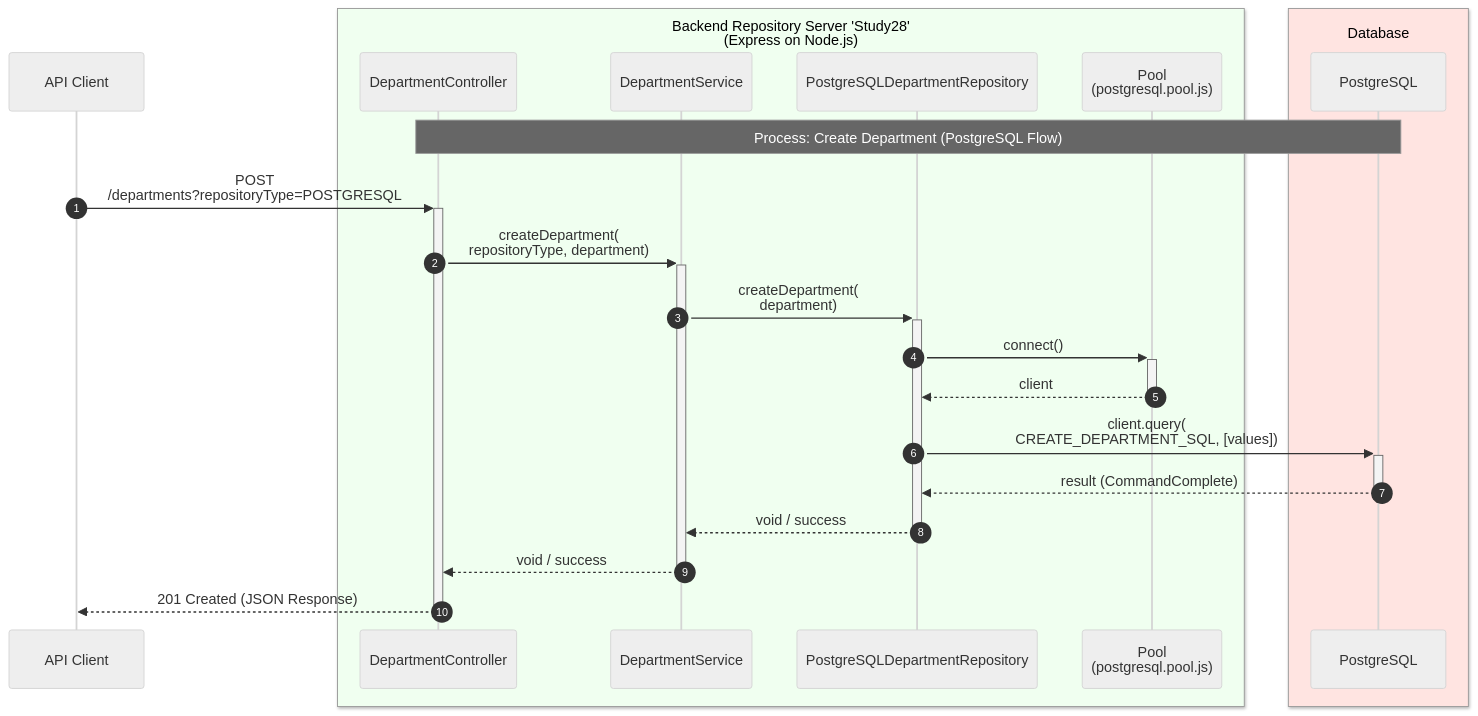
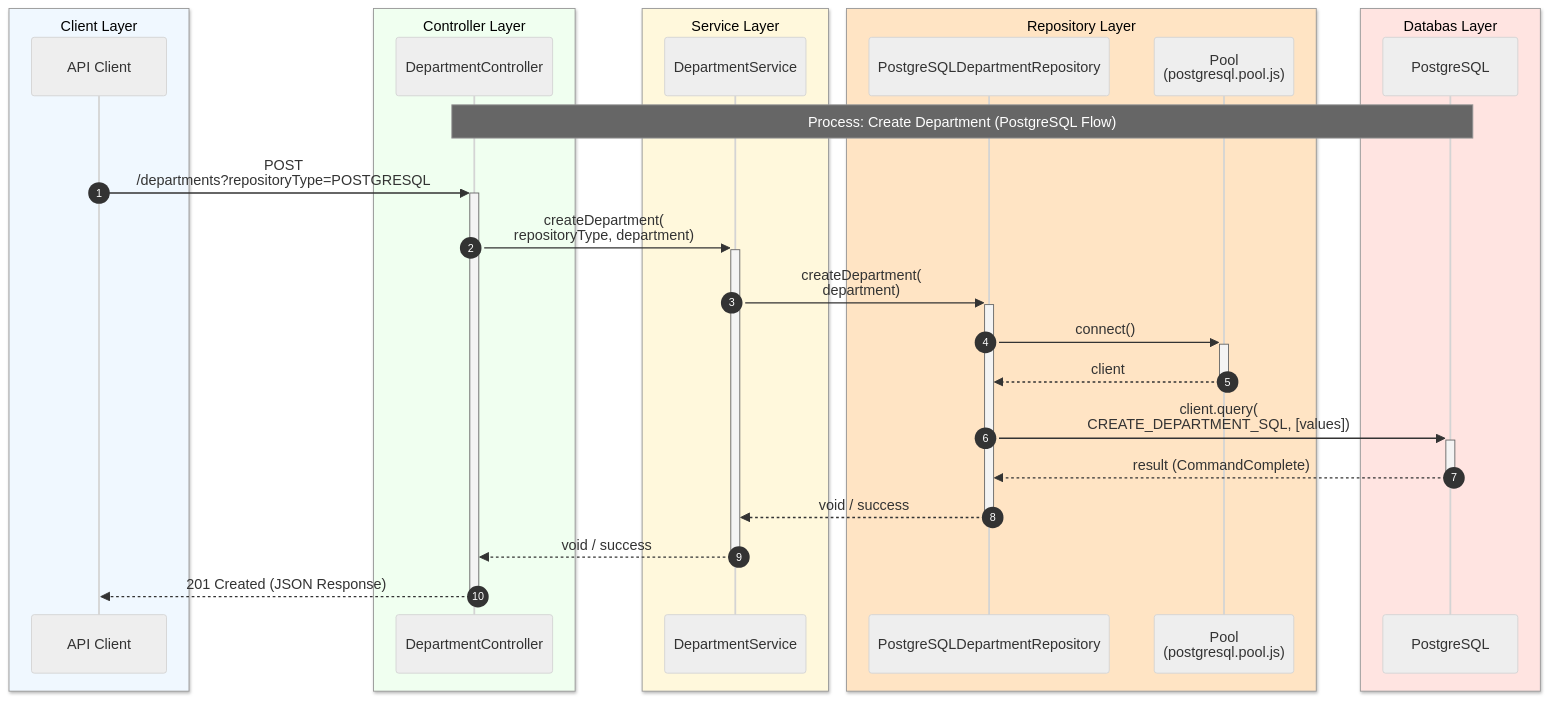
One commit to k1729p/Study28 changed the diagram in docs/mermaid/sequenceDiagram.md. Above: the diagram before and after it, drawn with Mermaid (neutral theme). The commit also changed other lines of this file, not shown here.

````diff
--- a/docs/mermaid/sequenceDiagram.md
+++ b/docs/mermaid/sequenceDiagram.md
@@ -3,29 +3,36 @@
 ```mermaid
 sequenceDiagram
-participant API_CLI as API Client
-box honeydew Backend Repository Server 'Study28'<br>(Express on Node.js)
+
+box aliceblue Client Layer
+    participant API_CLI as API Client
+end
+box honeydew Controller Layer
     participant CTRL as DepartmentController
+end
+box cornsilk Service Layer
     participant SERV as DepartmentService
+end
+box bisque Repository Layer
     participant REPO as PostgreSQLDepartmentRepository
     participant POOL as Pool<br>(postgresql.pool.js)
 end
-box mistyrose Database
+box mistyrose Databas Layer
     participant PSQL as PostgreSQL
 end
 
 autonumber 1
 Note over CTRL, PSQL: Process: Create Department (PostgreSQL Flow)
 
 API_CLI ->>+ CTRL: POST<br>/departments?repositoryType=POSTGRESQL
 
 CTRL ->>+ SERV: createDepartment(<br>repositoryType, department)
 SERV ->>+ REPO: createDepartment(<br>department)
 REPO ->>+ POOL: connect()
 POOL -->>- REPO: client
 REPO ->>+ PSQL: client.query(<br>CREATE_DEPARTMENT_SQL, [values])
 
 PSQL -->>- REPO: result (CommandComplete)
 REPO -->>- SERV: void / success
 SERV -->>- CTRL: void / success
 CTRL -->>- API_CLI: 201 Created (JSON Response)
 ```
````
